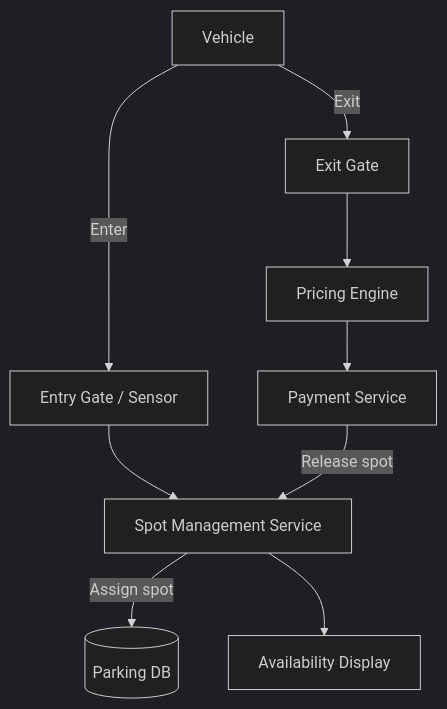
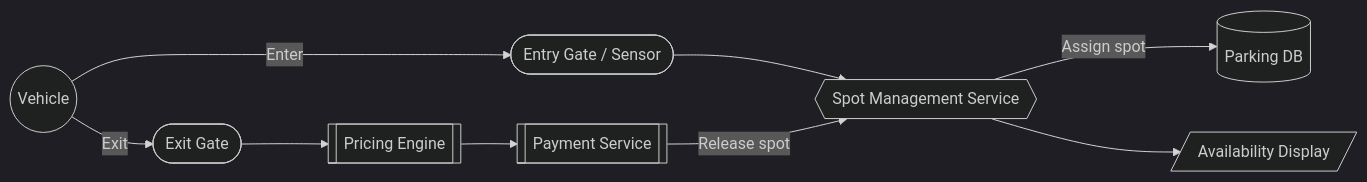
Diagram 12 of 12 in docs/interview/system-design.md (saivamsikaruturi/vamsilabs-dev-notes-main), drawn with Mermaid (dark theme) before and after one commit. The commit also changed other lines of this file and 146 other files, not shown here.

Commit message:
Horizontal diagrams, UML class diagrams, typography overhaul, and permalink cleanup

````diff
--- a/docs/interview/system-design.md
+++ b/docs/interview/system-design.md
@@ -982,11 +982,11 @@
     ```mermaid
-    flowchart TD
-        Vehicle -->|Enter| Gate[Entry Gate / Sensor]
-        Gate --> SpotMgr[Spot Management Service]
+    flowchart LR
+        Vehicle(("Vehicle")) -->|Enter| Gate(["Entry Gate / Sensor"])
+        Gate --> SpotMgr{{"Spot Management Service"}}
         SpotMgr -->|Assign spot| DB[(Parking DB)]
-        SpotMgr --> Display[Availability Display]
-        Vehicle -->|Exit| ExitGate[Exit Gate]
-        ExitGate --> Pricing[Pricing Engine]
-        Pricing --> Payment[Payment Service]
+        SpotMgr --> Display[/"Availability Display"/]
+        Vehicle -->|Exit| ExitGate(["Exit Gate"])
+        ExitGate --> Pricing[["Pricing Engine"]]
+        Pricing --> Payment[["Payment Service"]]
         Payment -->|Release spot| SpotMgr
     ```
````
